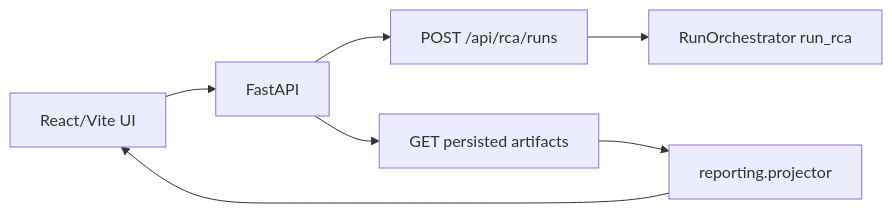
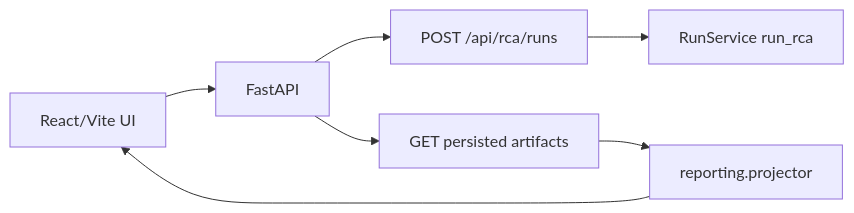
Before and after one commit to WOTMCCR/MetricRCA: the seventh of 8 diagrams in docs/architecture.md, drawn with Mermaid. The commit also changed other lines of this file and 62 other files, not shown here.

````diff
--- a/docs/architecture.md
+++ b/docs/architecture.md
@@ -105,9 +110,9 @@
 ```mermaid
 flowchart LR
   ReactUI[React/Vite UI] --> API[FastAPI]
   API --> POST[POST /api/rca/runs]
-  POST --> Runner[RunOrchestrator run_rca]
+  POST --> Runner[RunService run_rca]
   API --> GET[GET persisted artifacts]
   GET --> Projector[reporting.projector]
   Projector --> ReactUI
 ```
````
